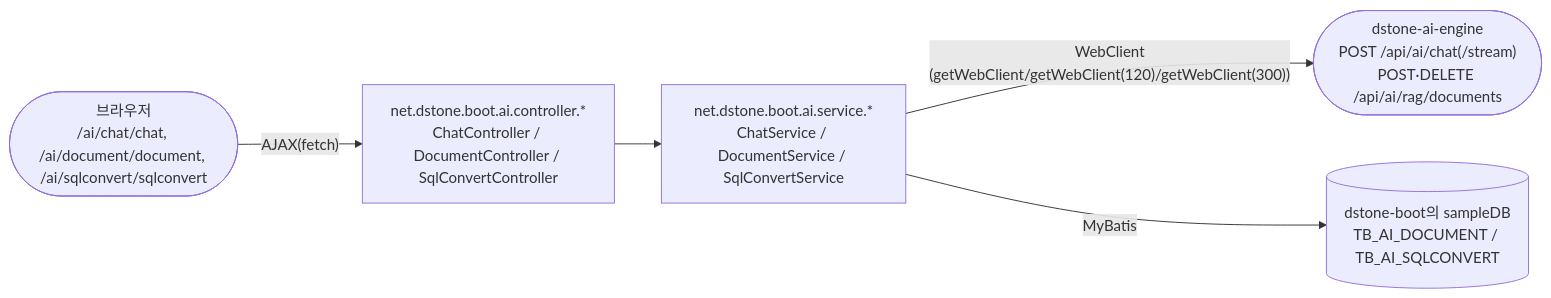
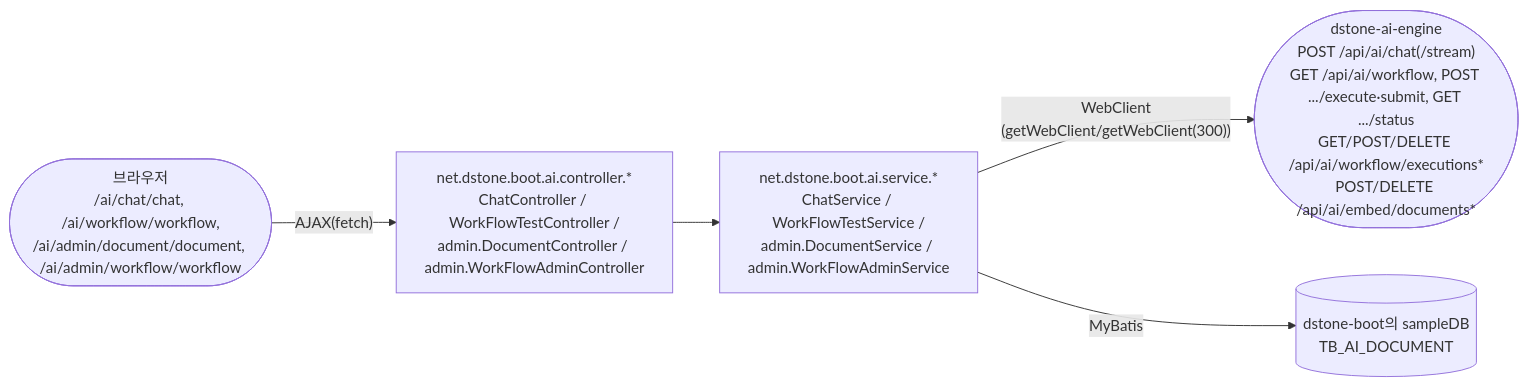
The first of 5 diagrams in docs/06.dstone-boot.md (YongSoekChoeng/dstone), drawn with Mermaid before and after one commit. The commit also changed other lines of this file and 53 other files, not shown here.

````diff
--- a/docs/06.dstone-boot.md
+++ b/docs/06.dstone-boot.md
@@ -326,7 +337,7 @@
 ```mermaid
 flowchart LR
-    Browser(["브라우저<br/>/ai/chat/chat, /ai/document/document, /ai/sqlconvert/sqlconvert"]) -->|"AJAX(fetch)"| Ctrl["net.dstone.boot.ai.controller.*<br/>ChatController / DocumentController / SqlConvertController"]
-    Ctrl --> Svc["net.dstone.boot.ai.service.*<br/>ChatService / DocumentService / SqlConvertService"]
-    Svc -->|"WebClient<br/>(getWebClient/getWebClient(120)/getWebClient(300))"| Engine(["dstone-ai-engine<br/>POST /api/ai/chat(/stream)<br/>POST·DELETE /api/ai/rag/documents"])
-    Svc -->|"MyBatis"| DB[("dstone-boot의 sampleDB<br/>TB_AI_DOCUMENT / TB_AI_SQLCONVERT")]
+    Browser(["브라우저<br/>/ai/chat/chat, /ai/workflow/workflow,<br/>/ai/admin/document/document, /ai/admin/workflow/workflow"]) -->|"AJAX(fetch)"| Ctrl["net.dstone.boot.ai.controller.*<br/>ChatController / WorkFlowTestController /<br/>admin.DocumentController / admin.WorkFlowAdminController"]
+    Ctrl --> Svc["net.dstone.boot.ai.service.*<br/>ChatService / WorkFlowTestService /<br/>admin.DocumentService / admin.WorkFlowAdminService"]
+    Svc -->|"WebClient<br/>(getWebClient/getWebClient(300))"| Engine(["dstone-ai-engine<br/>POST /api/ai/chat(/stream)<br/>GET /api/ai/workflow, POST .../execute·submit, GET .../status<br/>GET/POST/DELETE /api/ai/workflow/executions*<br/>POST/DELETE /api/ai/embed/documents*"])
+    Svc -->|"MyBatis"| DB[("dstone-boot의 sampleDB<br/>TB_AI_DOCUMENT")]
 ```
````
